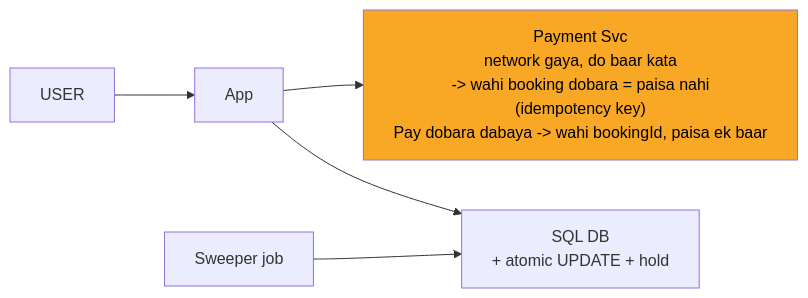
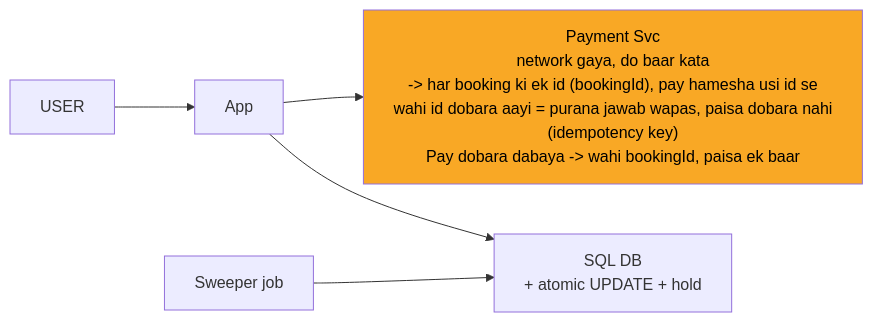
The fourth of 9 diagrams in 04_HLD/SYSTEM_DESIGNS/09_bookmyshow/09_bookmyshow_INTERVIEW.md (ArpanMaheshwari144/Prep), drawn with Mermaid before and after one commit. The commit also changed other lines of this file and 13 other files, not shown here.

````diff
--- a/04_HLD/SYSTEM_DESIGNS/09_bookmyshow/09_bookmyshow_INTERVIEW.md
+++ b/04_HLD/SYSTEM_DESIGNS/09_bookmyshow/09_bookmyshow_INTERVIEW.md
@@ -163,14 +162,14 @@
 ```mermaid
 %%{init: {"flowchart": {"wrappingWidth": 450}}}%%
 flowchart LR
     n_USER["USER"]
     n_App["App"]
-    n_Payment_Svc["Payment Svc<br/>network gaya, do baar kata<br/>-> wahi booking dobara = paisa nahi<br/>(idempotency key)<br/>Pay dobara dabaya -> wahi bookingId, paisa ek baar"]
+    n_Payment_Svc["Payment Svc<br/>network gaya, do baar kata<br/>-> har booking ki ek id (bookingId), pay hamesha usi id se<br/>wahi id dobara aayi = purana jawab wapas, paisa dobara nahi<br/>(idempotency key)<br/>Pay dobara dabaya -> wahi bookingId, paisa ek baar"]
     n_SQL_DB["SQL DB<br/>+ atomic UPDATE + hold"]
     n_Sweeper_job["Sweeper job"]
     n_USER --> n_App
     n_App --> n_Payment_Svc
     n_App --> n_SQL_DB
     n_Sweeper_job --> n_SQL_DB
     style n_Payment_Svc fill:#f9a825,color:#000
 ```
````
